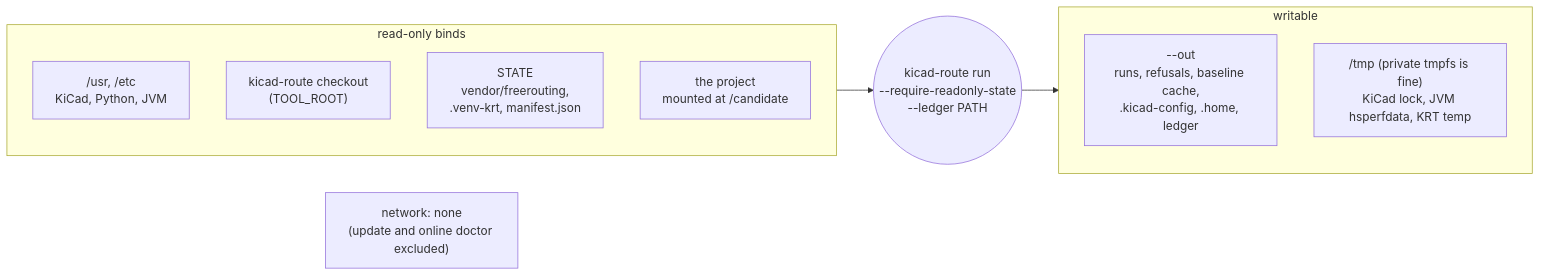
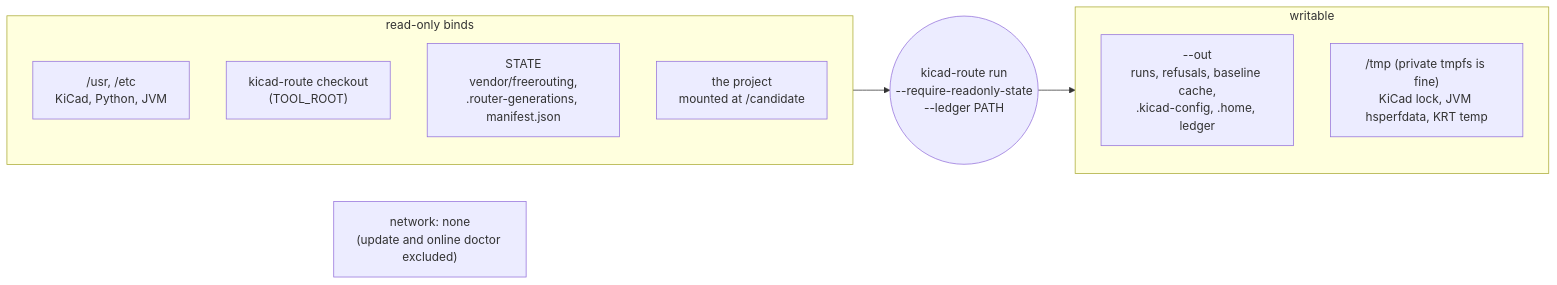
One commit to halbritt/kicad-route changed the third of 4 diagrams in docs/guide/automation.md. Above: the diagram before and after it, drawn with Mermaid. The commit also changed 23 other files, not shown here.

Commit message:
Stage coherent router generations and support installed wheel runtime

````diff
--- a/docs/guide/automation.md
+++ b/docs/guide/automation.md
@@ -118,15 +118,15 @@
 ```mermaid
 flowchart LR
     subgraph ro["read-only binds"]
         USR["/usr, /etc<br/>KiCad, Python, JVM"]
         TOOL["kicad-route checkout<br/>(TOOL_ROOT)"]
-        STATE["STATE<br/>vendor/freerouting,<br/>.venv-krt, manifest.json"]
+        STATE["STATE<br/>vendor/freerouting,<br/>.router-generations, manifest.json"]
         PROJ["the project<br/>mounted at /candidate"]
     end
     subgraph rw["writable"]
         OUT["--out<br/>runs, refusals, baseline cache,<br/>.kicad-config, .home, ledger"]
         TMP["/tmp (private tmpfs is fine)<br/>KiCad lock, JVM hsperfdata, KRT temp"]
     end
     NET["network: none<br/>(update and online doctor excluded)"]
     ro --> K(("kicad-route run<br/>--require-readonly-state<br/>--ledger PATH")) --> rw
 ```
````
